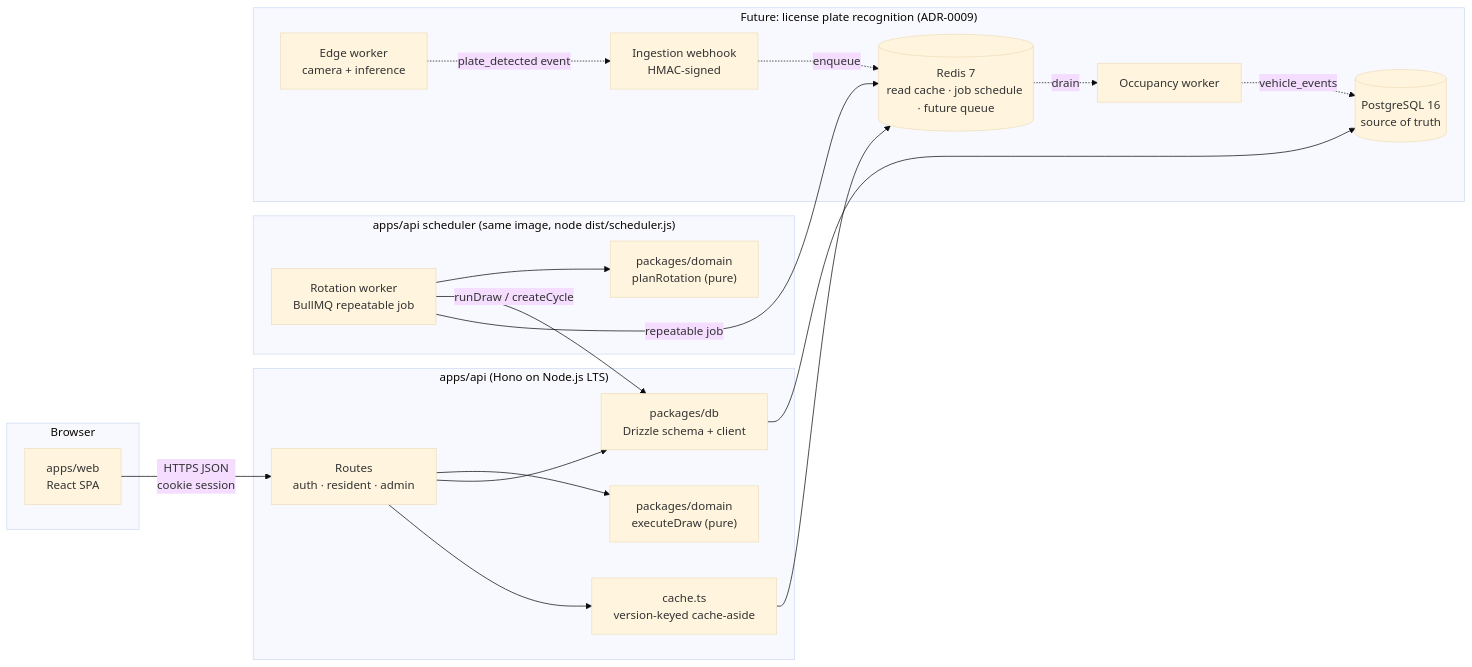
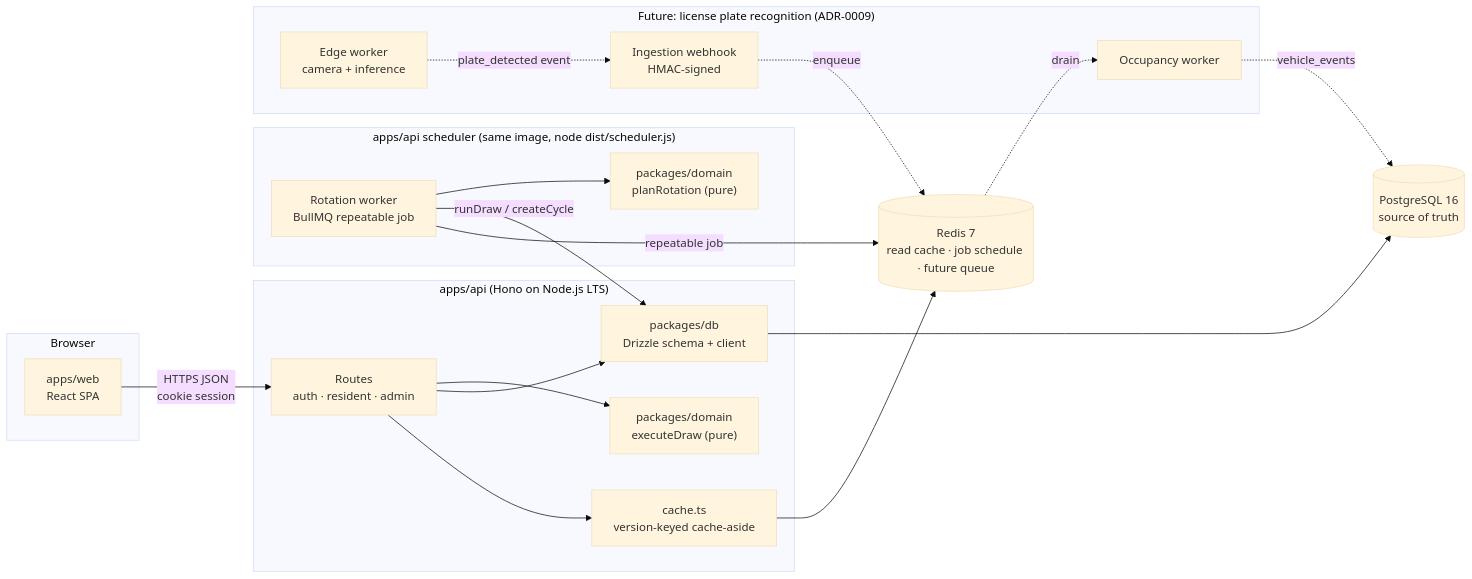
The first of 4 diagrams in docs/01-architecture.md (marcoamtz/residential-parking-system), drawn with Mermaid (base theme) before and after one commit. The commit also changed other lines of this file and 10 other files, not shown here.

````diff
--- a/docs/01-architecture.md
+++ b/docs/01-architecture.md
@@ -7,41 +7,44 @@
 ```mermaid
 flowchart LR
   subgraph client [Browser]
     web["apps/web<br/>React SPA"]
   end
 
   subgraph api ["apps/api (Hono on Node.js LTS)"]
     routes["Routes<br/>auth · resident · admin"]
     domain["packages/domain<br/>executeDraw (pure)"]
     db["packages/db<br/>Drizzle schema + client"]
     cache["cache.ts<br/>version-keyed cache-aside"]
     routes --> domain
     routes --> db
     routes --> cache
   end
 
   subgraph sched ["apps/api scheduler (same image, node dist/scheduler.js)"]
     worker["Rotation worker<br/>BullMQ repeatable job"]
     policy["packages/domain<br/>planRotation (pure)"]
     worker --> policy
   end
 
   pg[("PostgreSQL 16<br/>source of truth")]
   redis[("Redis 7<br/>read cache · job schedule · future queue")]
 
   web -- "HTTPS JSON<br/>cookie session" --> routes
   db --> pg
   cache --> redis
   worker -- "runDraw / createCycle" --> db
   worker -- "repeatable job" --> redis
 
   subgraph future ["Future: license plate recognition (ADR-0009)"]
     cam["Edge worker<br/>camera + inference"]
     hook["Ingestion webhook<br/>HMAC-signed"]
     occ["Occupancy worker"]
     cam -. "plate_detected event" .-> hook
-    hook -. enqueue .-> redis
-    redis -. drain .-> occ
-    occ -. "vehicle_events" .-> pg
   end
+
+  %% Edges to the shared stores are declared outside the subgraph; Mermaid would otherwise
+  %% draw PostgreSQL and Redis inside the "future" cluster.
+  hook -. enqueue .-> redis
+  redis -. drain .-> occ
+  occ -. "vehicle_events" .-> pg
 ```
````
